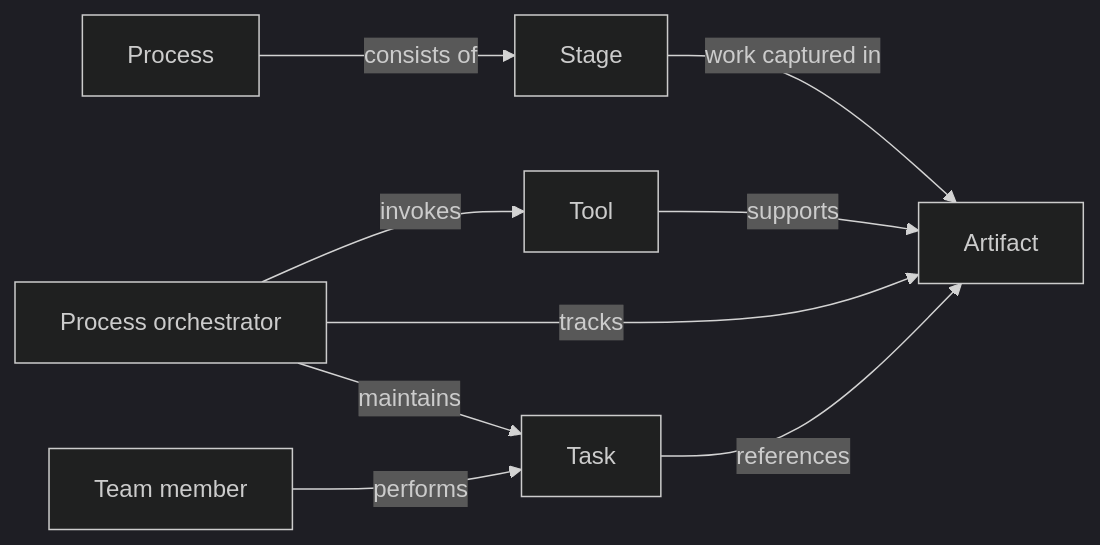
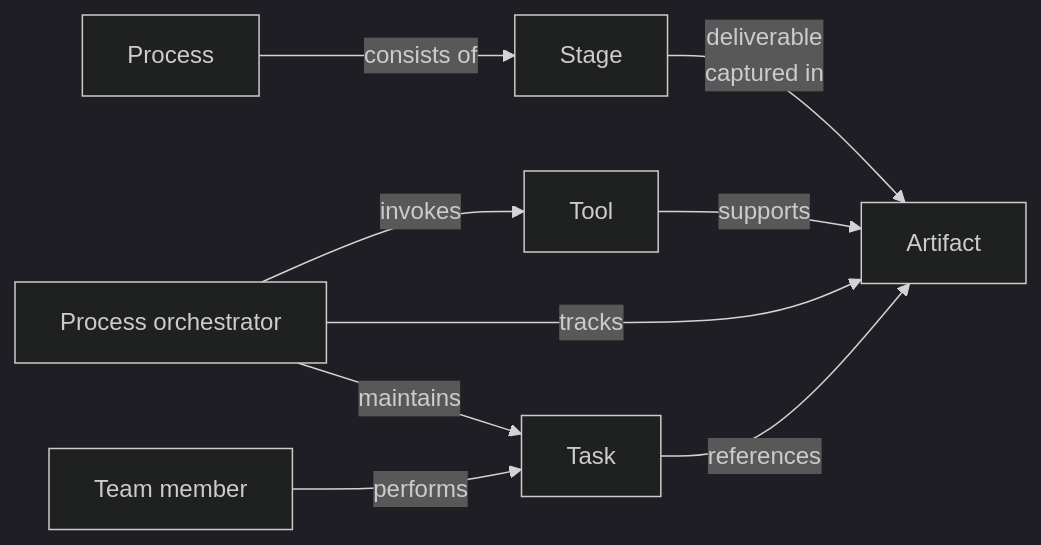
The diagram in docs/engineering-process/concepts.md (setms/book), drawn with Mermaid (dark theme) before and after one commit. The commit also changed other lines of this file, not shown here.

````diff
--- a/docs/engineering-process/concepts.md
+++ b/docs/engineering-process/concepts.md
@@ -5,18 +5,18 @@
 ```mermaid
 flowchart LR
   P[Process]
   S[Stage]
   A[Artifact]
   T[Tool]
   O[Process orchestrator]
   H[Team member]
 
   P--consists of-->S
-  S--work captured in-->A
+  S--deliverable\ncaptured in-->A
   T--supports-->A
   O--tracks-->A
   O--invokes-->T
   O--maintains-->Task
   H--performs-->Task
   Task--references-->A
 ```
````
